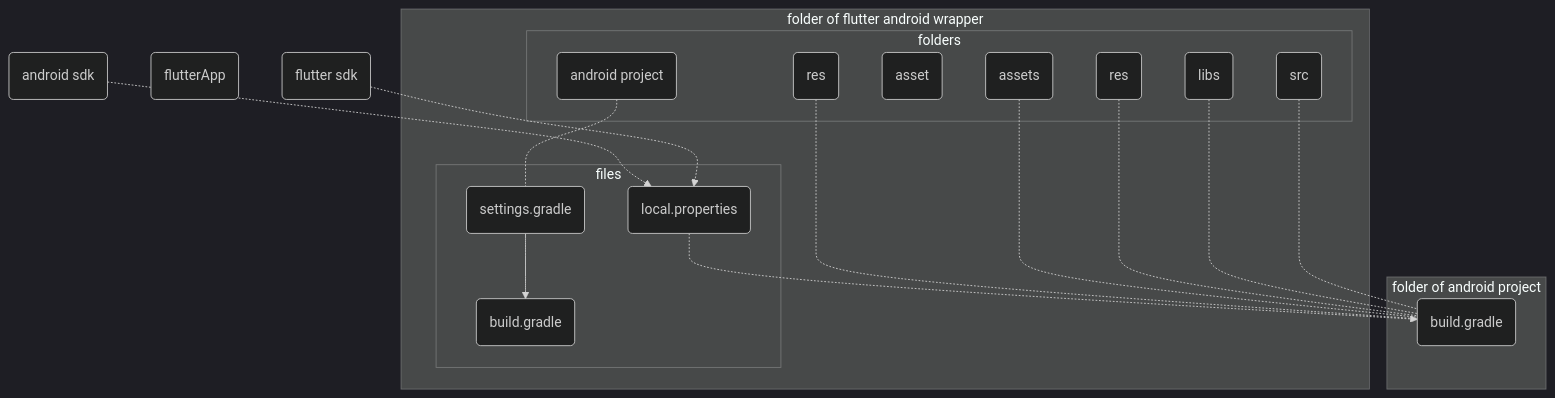
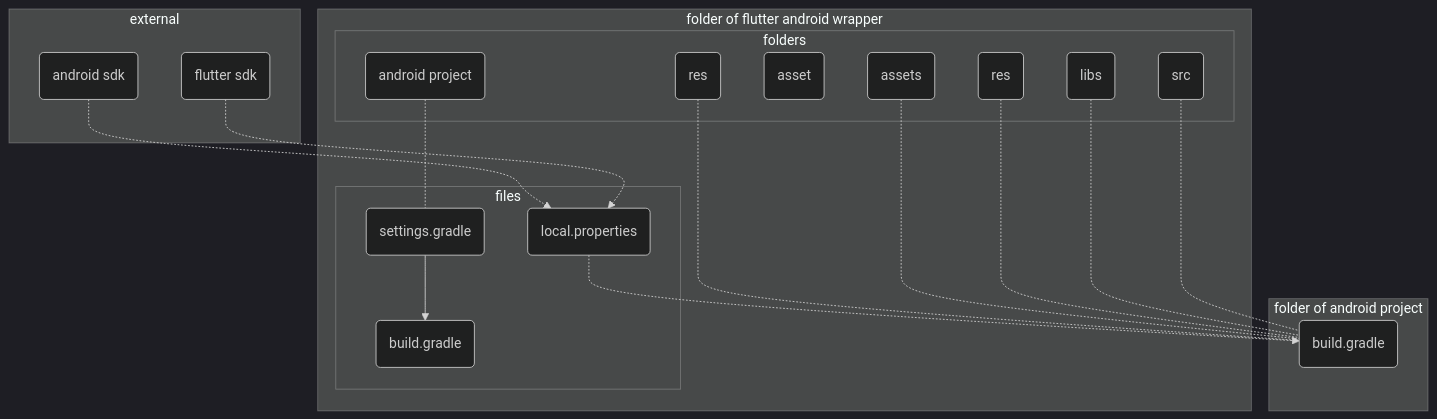
Before and after one commit to gordianknotC/nxp_note: the second of 2 diagrams in flutter/addAndroidProjIntoFlutter.md, drawn with Mermaid (dark theme). The commit also changed other lines of this file, not shown here.

Commit message:
flutter/addAndroidProjIntoFlutter.md updated from https://stackedit.io/

````diff
--- a/flutter/addAndroidProjIntoFlutter.md
+++ b/flutter/addAndroidProjIntoFlutter.md
@@ -228,40 +228,41 @@
 ```mermaid
 graph TB
 	
 	subgraph folder of flutter android wrapper
 		subgraph files
 			WS(settings.gradle) --> WB(build.gradle)
 			WL(local.properties)
 		end
 		
 		subgraph folders
 			WR(res)
 			WP(android project)
 			WT(asset)
 		end
 	end
 	
 	subgraph folder of android project
 		AB(build.gradle)
 		 subgraph folders
 			 AR(res) 
 			 AT(assets)
 			 AL(libs)
 			 AC(src)
 		 end
 	end	 
 	
 	WP -.- WS
 	WR -.- AB
 	AT -.- AB
 	AR -.- AB
 	AL -.- AB
 	AC -.- AB
 	WL -.-> AB
 	
-	F(flutterApp)
-	WL1(android sdk)-.->WL
-	WL2(flutter sdk)-.->WL
+	subgraph external
+		ADK(android sdk)-.->WL
+		FDK(flutter sdk)-.->WL
+	end
 	
 
 ```
````
